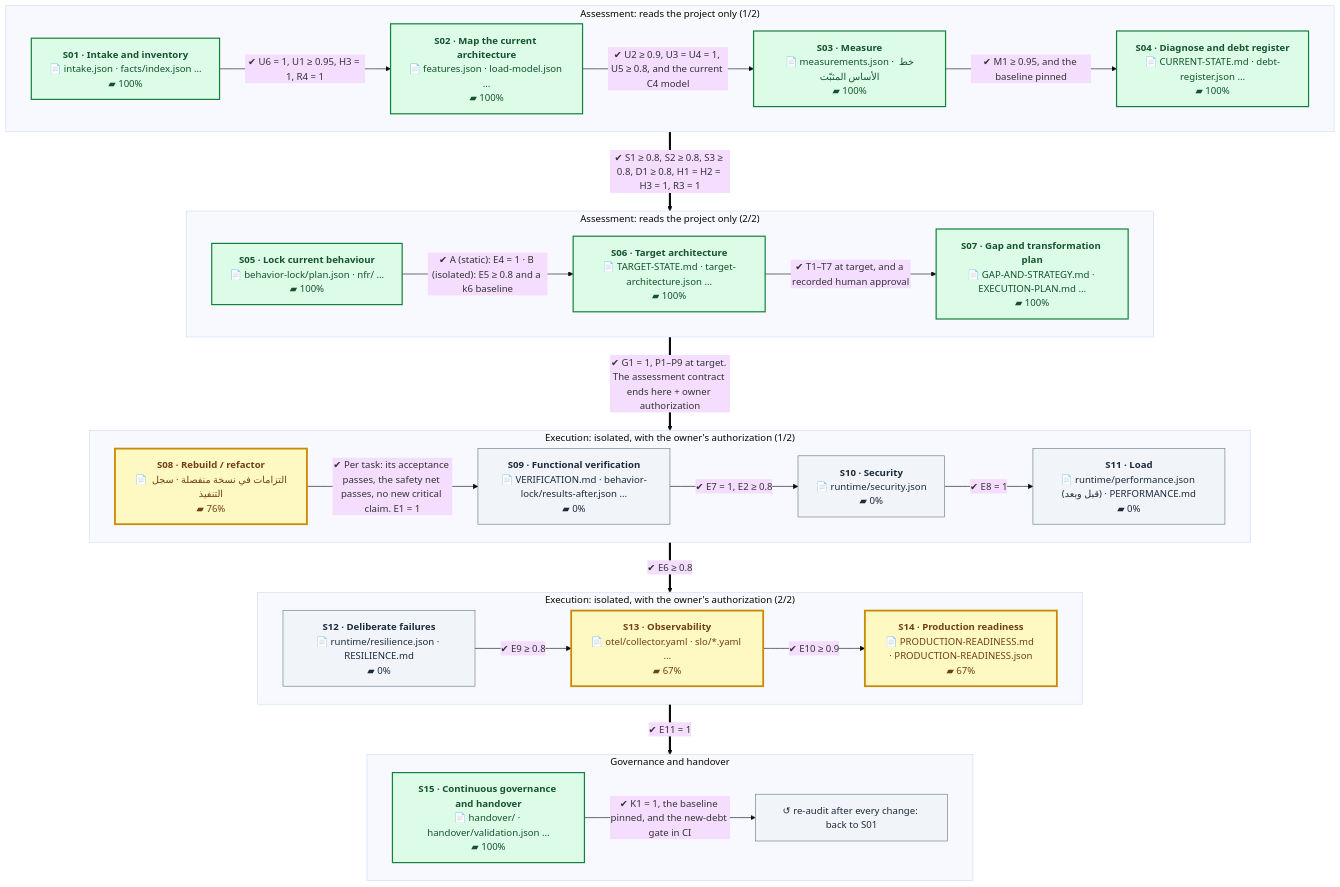
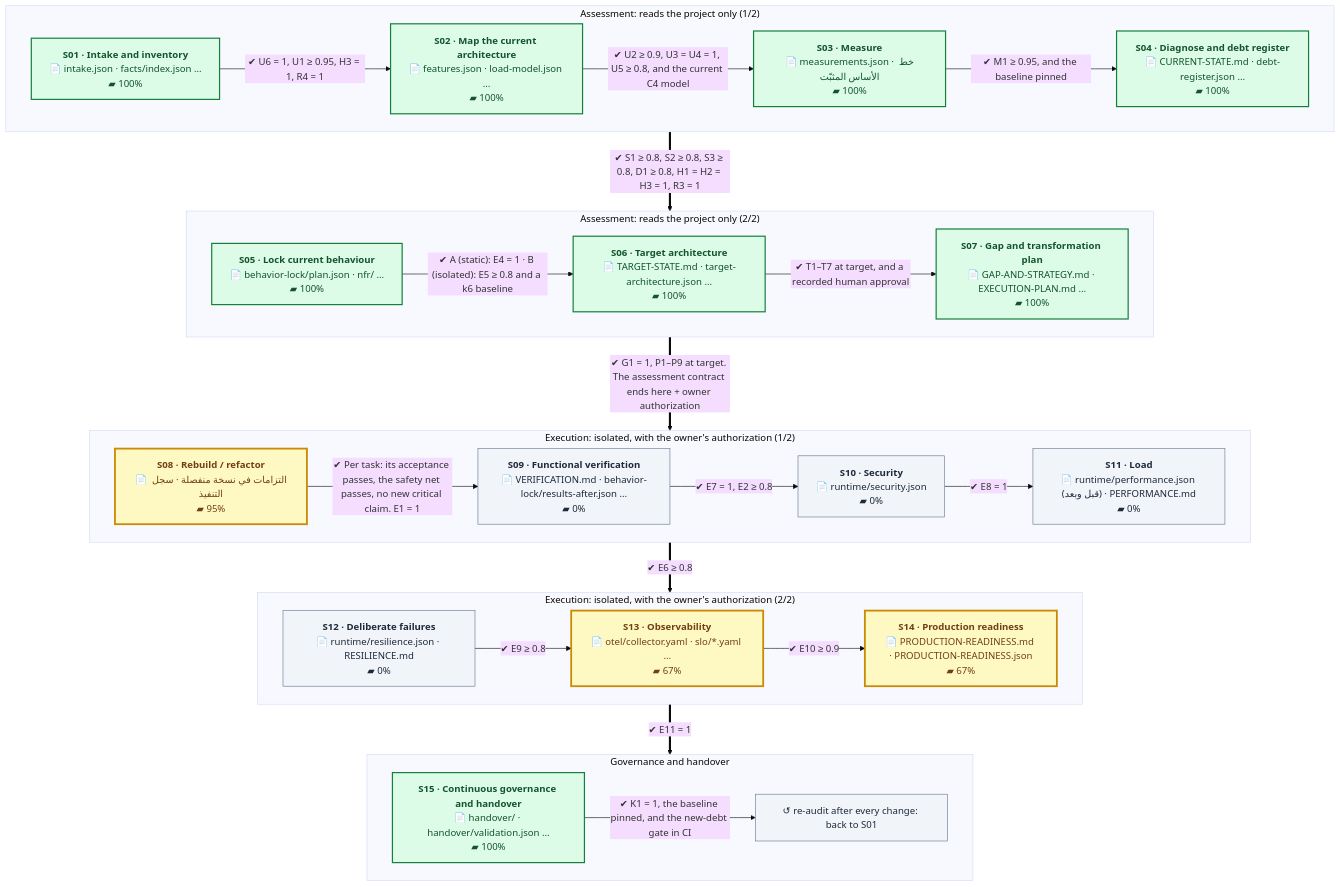
One commit to eom1417/engineering-audit-os changed the first of 2 diagrams in README.en.md. Above: the diagram before and after it, drawn with Mermaid (base theme). The commit also changed other lines of this file and 9 other files, not shown here.

````diff
--- a/README.en.md
+++ b/README.en.md
@@ -52,54 +52,54 @@
 ```mermaid
 %%{init: {'flowchart': {'wrappingWidth': 260, 'nodeSpacing': 40, 'rankSpacing': 60}}}%%
 flowchart TB
     subgraph P1["Assessment: reads the project only (1/2)"]
         direction LR
         S01["<b>S01 · Intake and inventory</b><br/>📄 intake.json · facts/index.json …<br/>▰ 100%"]:::done
         S02["<b>S02 · Map the current architecture</b><br/>📄 features.json · load-model.json …<br/>▰ 100%"]:::done
         S03["<b>S03 · Measure</b><br/>📄 measurements.json · خط الأساس المثبّت<br/>▰ 100%"]:::done
         S04["<b>S04 · Diagnose and debt register</b><br/>📄 CURRENT-STATE.md · debt-register.json …<br/>▰ 100%"]:::done
         S01 -->|"✔ U6 = 1, U1 ≥ 0.95, H3 = 1, R4 = 1"| S02
         S02 -->|"✔ U2 ≥ 0.9, U3 = U4 = 1, U5 ≥ 0.8, and the current C4 model"| S03
         S03 -->|"✔ M1 ≥ 0.95, and the baseline pinned"| S04
     end
     subgraph P2["Assessment: reads the project only (2/2)"]
         direction LR
         S05["<b>S05 · Lock current behaviour</b><br/>📄 behavior-lock/plan.json · nfr/ …<br/>▰ 100%"]:::done
         S06["<b>S06 · Target architecture</b><br/>📄 TARGET-STATE.md · target-architecture.json …<br/>▰ 100%"]:::done
         S07["<b>S07 · Gap and transformation plan</b><br/>📄 GAP-AND-STRATEGY.md · EXECUTION-PLAN.md …<br/>▰ 100%"]:::done
         S05 -->|"✔ A (static): E4 = 1 · B (isolated): E5 ≥ 0.8 and a k6 baseline"| S06
         S06 -->|"✔ T1–T7 at target, and a recorded human approval"| S07
     end
     subgraph P3["Execution: isolated, with the owner's authorization (1/2)"]
         direction LR
-        S08["<b>S08 · Rebuild / refactor</b><br/>📄 التزامات في نسخة منفصلة · سجل التنفيذ<br/>▰ 76%"]:::current
+        S08["<b>S08 · Rebuild / refactor</b><br/>📄 التزامات في نسخة منفصلة · سجل التنفيذ<br/>▰ 95%"]:::current
         S09["<b>S09 · Functional verification</b><br/>📄 VERIFICATION.md · behavior-lock/results-after.json …<br/>▰ 0%"]:::next
         S10["<b>S10 · Security</b><br/>📄 runtime/security.json<br/>▰ 0%"]:::next
         S11["<b>S11 · Load</b><br/>📄 runtime/performance.json (قبل وبعد) · PERFORMANCE.md<br/>▰ 0%"]:::next
         S08 -->|"✔ Per task: its acceptance passes, the safety net passes, no new critical claim. E1 = 1"| S09
         S09 -->|"✔ E7 = 1, E2 ≥ 0.8"| S10
         S10 -->|"✔ E8 = 1"| S11
     end
     subgraph P4["Execution: isolated, with the owner's authorization (2/2)"]
         direction LR
         S12["<b>S12 · Deliberate failures</b><br/>📄 runtime/resilience.json · RESILIENCE.md<br/>▰ 0%"]:::next
         S13["<b>S13 · Observability</b><br/>📄 otel/collector.yaml · slo/*.yaml …<br/>▰ 67%"]:::current
         S14["<b>S14 · Production readiness</b><br/>📄 PRODUCTION-READINESS.md · PRODUCTION-READINESS.json<br/>▰ 67%"]:::current
         S12 -->|"✔ E9 ≥ 0.8"| S13
         S13 -->|"✔ E10 ≥ 0.9"| S14
     end
     subgraph P5["Governance and handover"]
         direction LR
         S15["<b>S15 · Continuous governance and handover</b><br/>📄 handover/ · handover/validation.json …<br/>▰ 100%"]:::done
         LOOP["↺ re-audit after every change: back to S01"]:::next
         S15 -->|"✔ K1 = 1, the baseline pinned, and the new-debt gate in CI"| LOOP
     end
     P1 ==>|"✔ S1 ≥ 0.8, S2 ≥ 0.8, S3 ≥ 0.8, D1 ≥ 0.8, H1 = H2 = H3 = 1, R3 = 1"| P2
     P2 ==>|"✔ G1 = 1, P1–P9 at target. The assessment contract ends here + owner authorization"| P3
     P3 ==>|"✔ E6 ≥ 0.8"| P4
     P4 ==>|"✔ E11 = 1"| P5
     classDef done fill:#dcfce7,stroke:#15803d,color:#14532d,stroke-width:2px
     classDef current fill:#fef9c3,stroke:#ca8a04,color:#713f12,stroke-width:3px
     classDef next fill:#f1f5f9,stroke:#64748b,color:#1e293b
     classDef owner fill:#fee2e2,stroke:#b91c1c,color:#7f1d1d,stroke-dasharray:5 3
 ```
````
